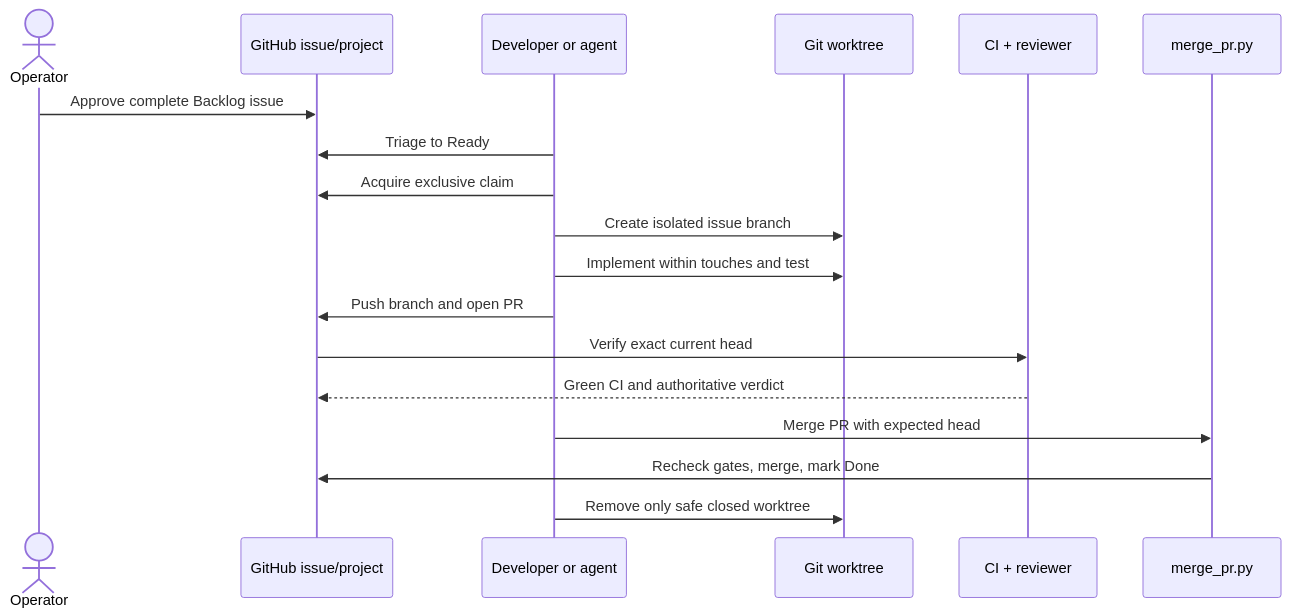
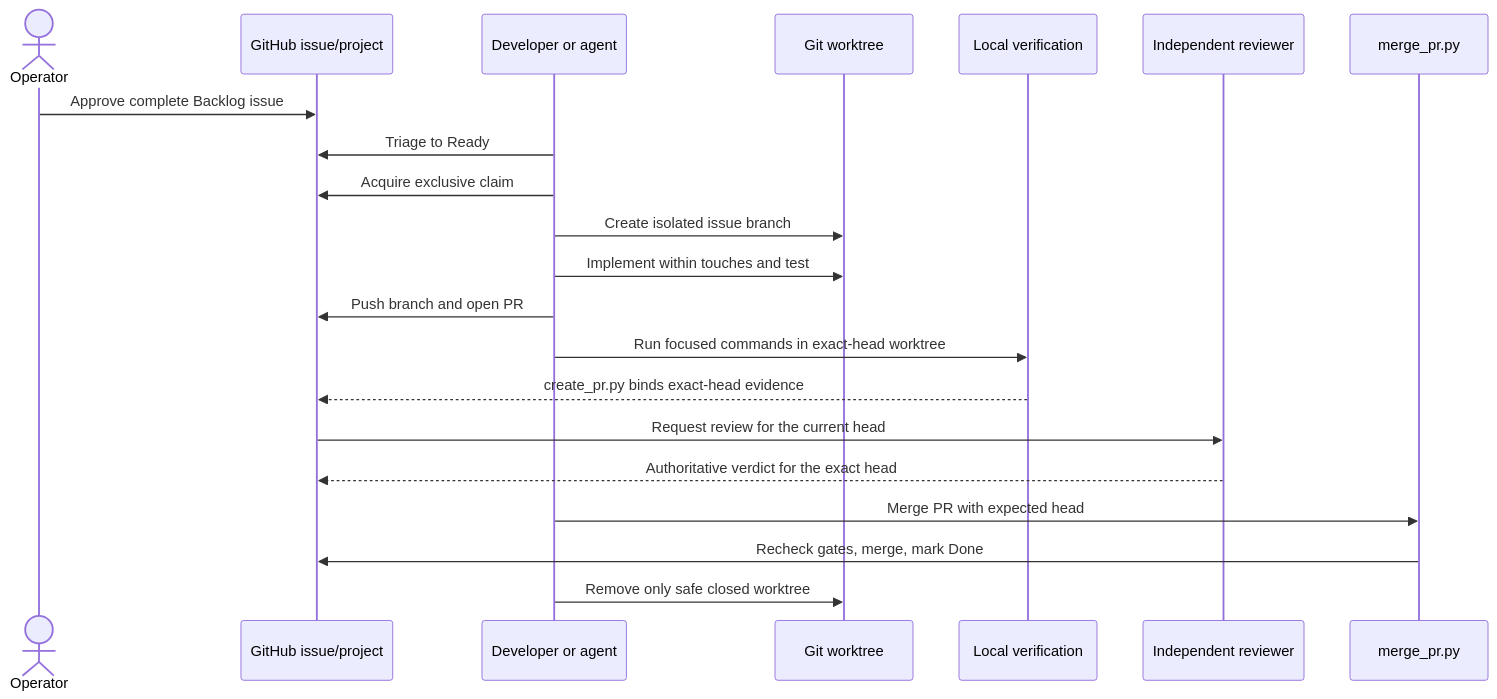
Before and after one commit to gillella/Aru_Agentic_SDLC: the fourth of 5 diagrams in docs/OPERATIONS.md, drawn with Mermaid. The commit also changed other lines of this file and 27 other files, not shown here.

````diff
--- a/docs/OPERATIONS.md
+++ b/docs/OPERATIONS.md
@@ -561,21 +566,24 @@
 ```mermaid
 sequenceDiagram
     actor O as Operator
     participant GH as GitHub issue/project
     participant A as Developer or agent
     participant WT as Git worktree
-    participant CI as CI + reviewer
+    participant LV as Local verification
+    participant R as Independent reviewer
     participant M as merge_pr.py
 
     O->>GH: Approve complete Backlog issue
     A->>GH: Triage to Ready
     A->>GH: Acquire exclusive claim
     A->>WT: Create isolated issue branch
     A->>WT: Implement within touches and test
     A->>GH: Push branch and open PR
-    GH->>CI: Verify exact current head
-    CI-->>GH: Green CI and authoritative verdict
+    A->>LV: Run focused commands in exact-head worktree
+    LV-->>GH: create_pr.py binds exact-head evidence
+    GH->>R: Request review for the current head
+    R-->>GH: Authoritative verdict for the exact head
     A->>M: Merge PR with expected head
     M->>GH: Recheck gates, merge, mark Done
     A->>WT: Remove only safe closed worktree
 ```
````
